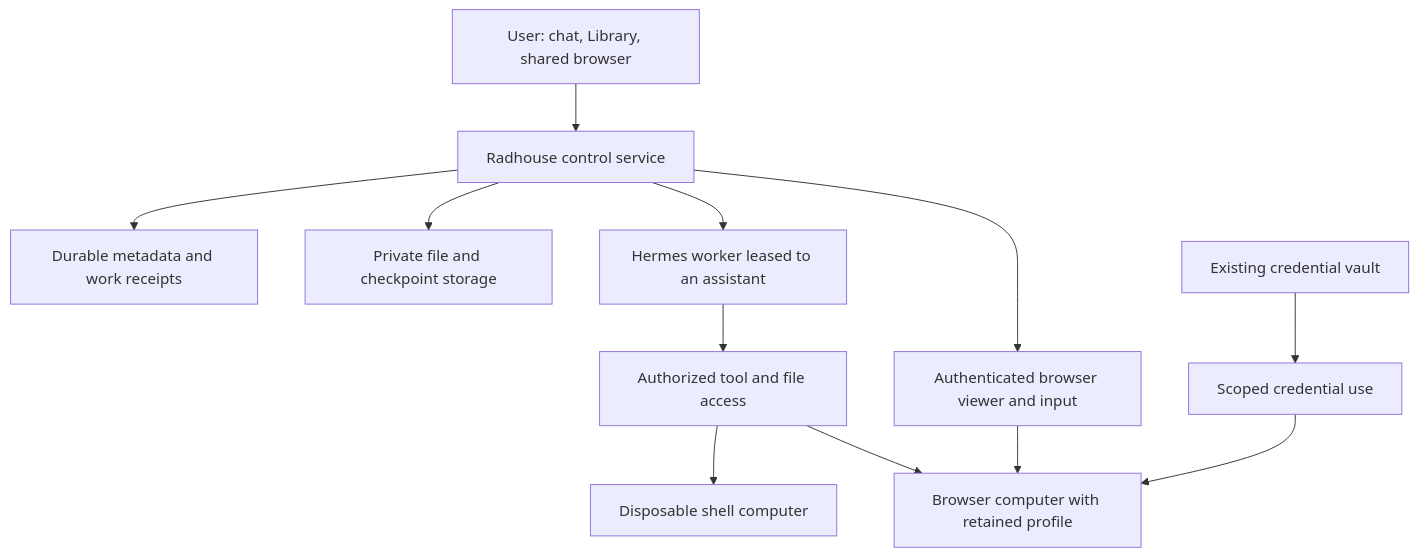
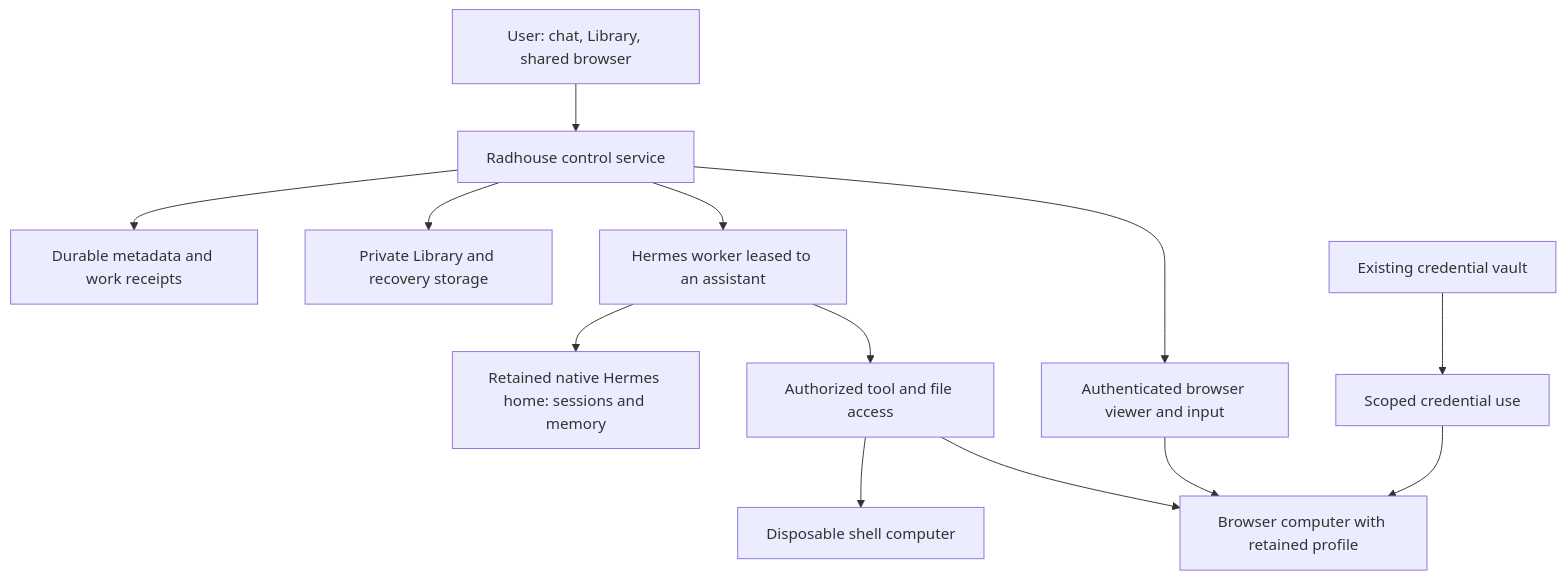
Before and after one commit to Running-Digitally/radhouse: the diagram in docs/design/durable-assistant-workspaces.md, drawn with Mermaid. The commit also changed other lines of this file and 5 other files, not shown here.

Commit message:
docs: reuse Hermes continuity capabilities in workspace roadmap

````diff
--- a/docs/design/durable-assistant-workspaces.md
+++ b/docs/design/durable-assistant-workspaces.md
@@ -20,14 +24,15 @@
 ```mermaid
 flowchart TD
     User[User: chat, Library, shared browser] --> Control[Radhouse control service]
     Control --> DB[Durable metadata and work receipts]
-    Control --> Files[Private file and checkpoint storage]
+    Control --> Files[Private Library and recovery storage]
     Control --> Worker[Hermes worker leased to an assistant]
+    Worker --> Home[Retained native Hermes home: sessions and memory]
     Worker --> Broker[Authorized tool and file access]
     Broker --> Browser[Browser computer with retained profile]
     Broker --> Shell[Disposable shell computer]
     Control --> Viewer[Authenticated browser viewer and input]
     Viewer --> Browser
     Vault[Existing credential vault] --> Fill[Scoped credential use]
     Fill --> Browser
 ```
````
